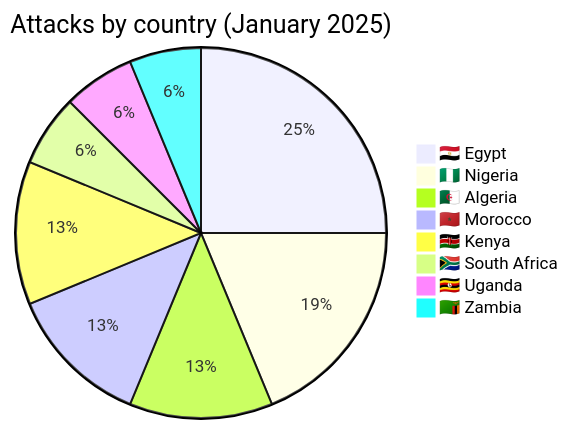
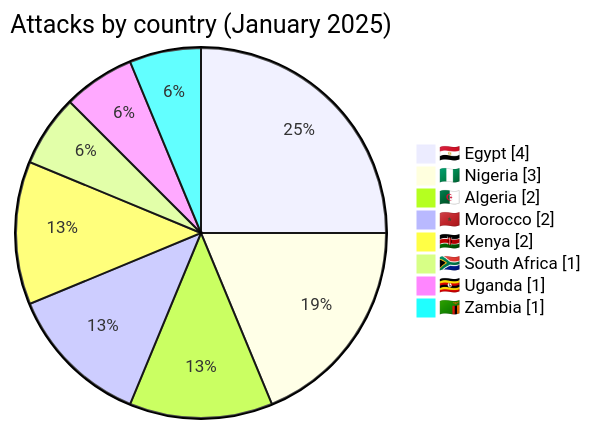
Before and after one commit to Hatchepsoute/AFRINTEL: the third of 7 diagrams in CyberAttackAfrica/2025/01-january/README.md, drawn with Mermaid. The commit also changed other lines of this file and 182 other files, not shown here.

````diff
--- a/CyberAttackAfrica/2025/01-january/README.md
+++ b/CyberAttackAfrica/2025/01-january/README.md
@@ -76,11 +81,12 @@
 ```mermaid
-pie title Attacks by country (January 2025)
+pie showData
+    title Attacks by country (January 2025)
     "🇪🇬 Egypt" : 4
     "🇳🇬 Nigeria" : 3
     "🇩🇿 Algeria" : 2
     "🇲🇦 Morocco" : 2
     "🇰🇪 Kenya" : 2
     "🇿🇦 South Africa" : 1
     "🇺🇬 Uganda" : 1
     "🇿🇲 Zambia" : 1
 ```
````
